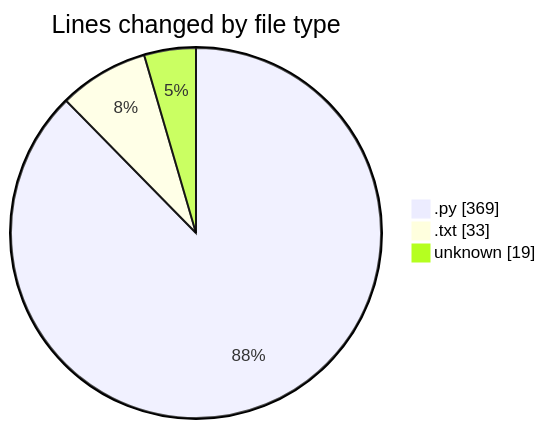
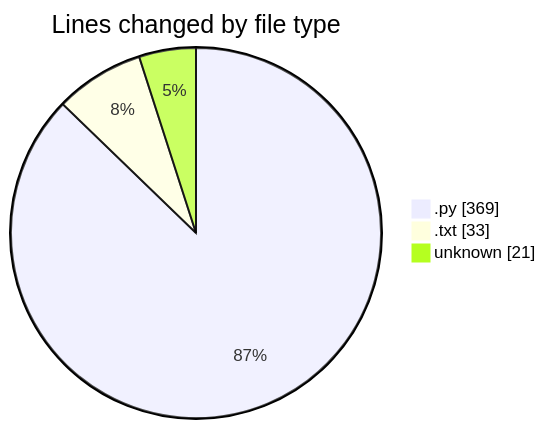
One commit to MatusMokan/code-tracking changed the first of 2 diagrams in 2026-01-08/testuploaddovera/README.md. Above: the diagram before and after it, drawn with Mermaid. The commit also changed other lines of this file and 1 other file, not shown here.

````diff
--- a/2026-01-08/testuploaddovera/README.md
+++ b/2026-01-08/testuploaddovera/README.md
@@ -25,7 +25,7 @@
 ```mermaid
 pie showData
 title Lines changed by file type
 ".py" : 369
 ".txt" : 33
-"unknown" : 19
+"unknown" : 21
 ```
````
